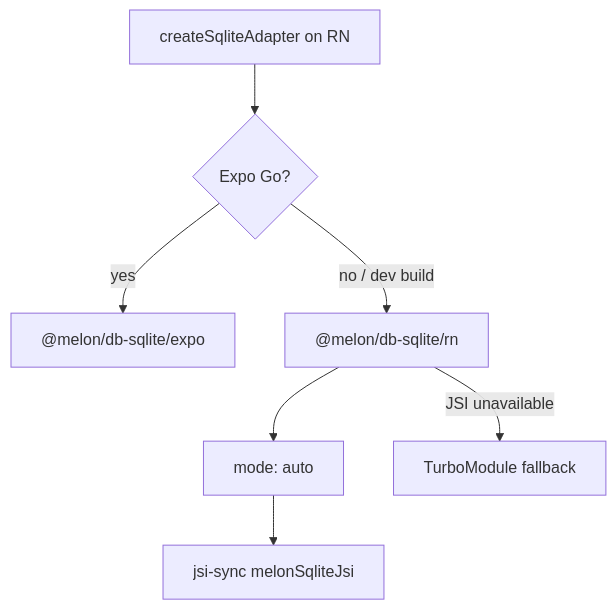
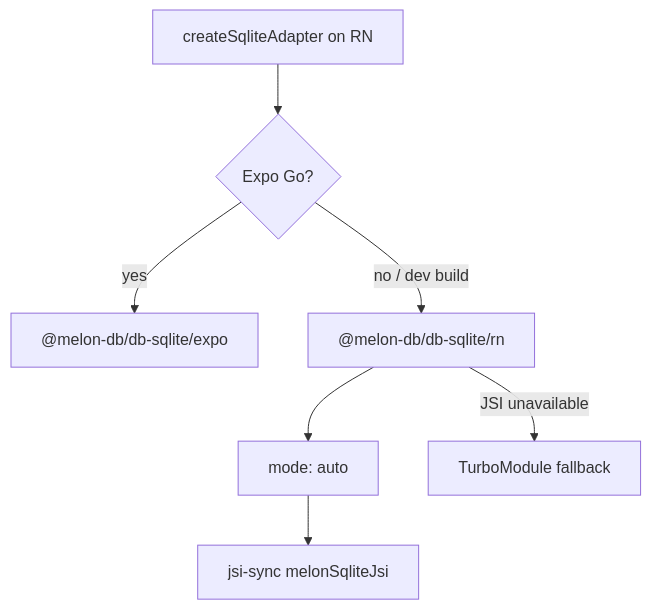
Before and after one commit to nwnichols02/melon-db: the first of 2 diagrams in apps/docs/content/docs/architecture/native.mdx, drawn with Mermaid. The commit also changed other lines of this file and 541 other files, not shown here.

````diff
--- a/apps/docs/content/docs/architecture/native.mdx
+++ b/apps/docs/content/docs/architecture/native.mdx
@@ -12,9 +12,9 @@
 ```mermaid
 flowchart TD
   Start["createSqliteAdapter on RN"] --> Expo{"Expo Go?"}
-  Expo -->|yes| ExpoPkg["@melon/db-sqlite/expo"]
-  Expo -->|"no / dev build"| RnPkg["@melon/db-sqlite/rn"]
+  Expo -->|yes| ExpoPkg["@melon-db/db-sqlite/expo"]
+  Expo -->|"no / dev build"| RnPkg["@melon-db/db-sqlite/rn"]
   RnPkg --> Auto["mode: auto"]
   Auto --> JSI["jsi-sync melonSqliteJsi"]
   RnPkg -->|JSI unavailable| Turbo["TurboModule fallback"]
 ```
````
